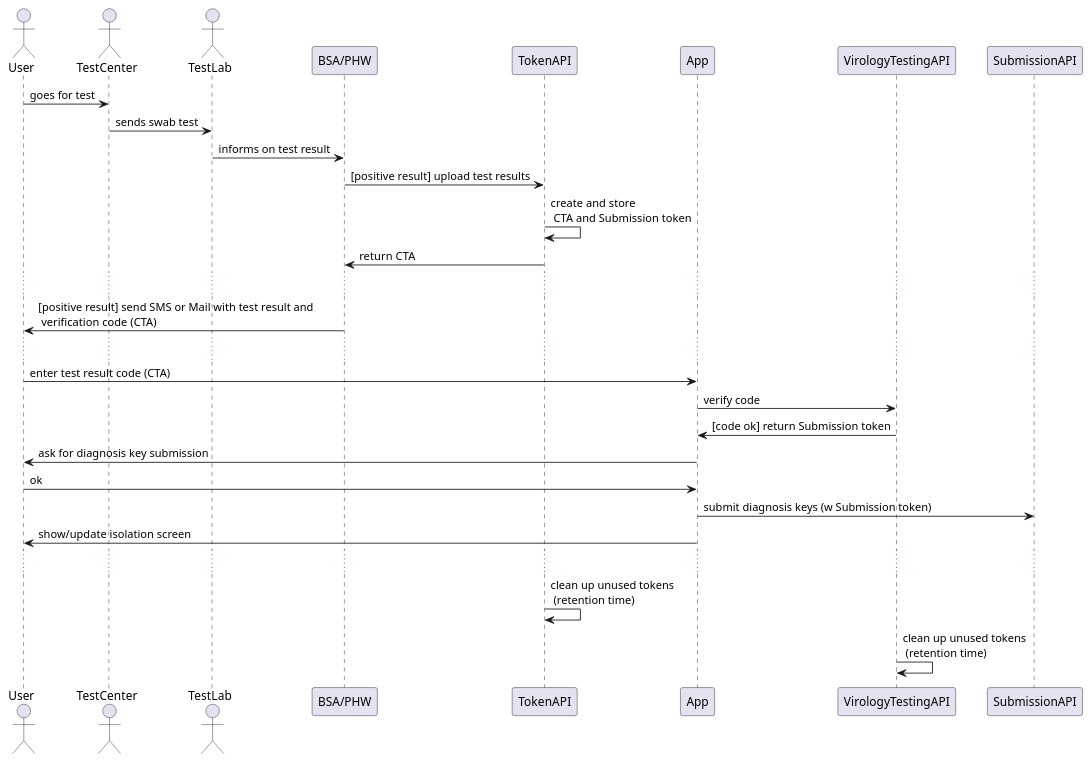
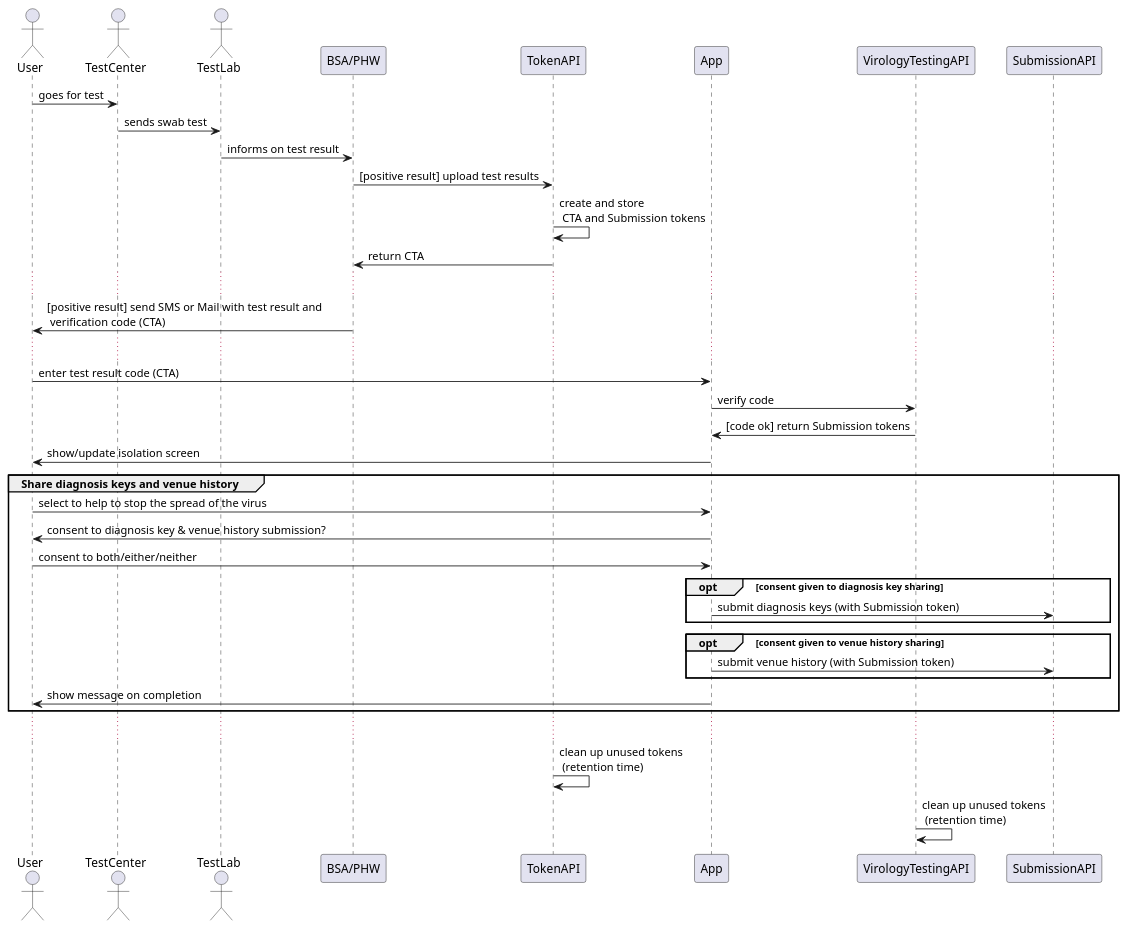
The diagram in doc/architecture/diagrams/plant-uml/sys-flow-enter-test-result-code.puml (ukhsa-collaboration/covid19-app-system-public), drawn with PlantUML before and after one commit. The commit also changed 551 other files, not shown here.

```diff
--- a/doc/architecture/diagrams/plant-uml/sys-flow-enter-test-result-code.puml
+++ b/doc/architecture/diagrams/plant-uml/sys-flow-enter-test-result-code.puml
@@ -1,32 +1,41 @@
 @startuml system-flow_enter-test-result-code
 
 Actor User
 Actor TestCenter
 Actor TestLab
 Participant "BSA/PHW"
 
 User -> TestCenter: goes for test
 TestLab <- TestCenter: sends swab test
 TestLab -> "BSA/PHW": informs on test result
 
 "BSA/PHW" -> TokenAPI: [positive result] upload test results
-TokenAPI -> TokenAPI: create and store \n CTA and Submission token
+TokenAPI -> TokenAPI: create and store \n CTA and Submission tokens
 "BSA/PHW" <- TokenAPI: return CTA
 
 ...
 "BSA/PHW" -> User: [positive result] send SMS or Mail with test result and \n verification code (CTA)
 ...
 
 User -> App: enter test result code (CTA)
 App -> VirologyTestingAPI: verify code
-App <- VirologyTestingAPI: [code ok] return Submission token
-App -> User: ask for diagnosis key submission
-User -> App : ok
-App -> SubmissionAPI: submit diagnosis keys (w Submission token)
+App <- VirologyTestingAPI: [code ok] return Submission tokens
 App -> User: show/update isolation screen
+group Share diagnosis keys and venue history
+User->App: select to help to stop the spread of the virus
+App -> User: consent to diagnosis key & venue history submission?
+User -> App : consent to both/either/neither
+opt consent given to diagnosis key sharing
+App -> SubmissionAPI: submit diagnosis keys (with Submission token)
+end
+opt consent given to venue history sharing
+App -> SubmissionAPI: submit venue history (with Submission token)
+end
+App -> User: show message on completion
+end
 ...
 TokenAPI -> TokenAPI: clean up unused tokens \n (retention time)
 VirologyTestingAPI -> VirologyTestingAPI: clean up unused tokens \n (retention time)
 
 
 @enduml
```
